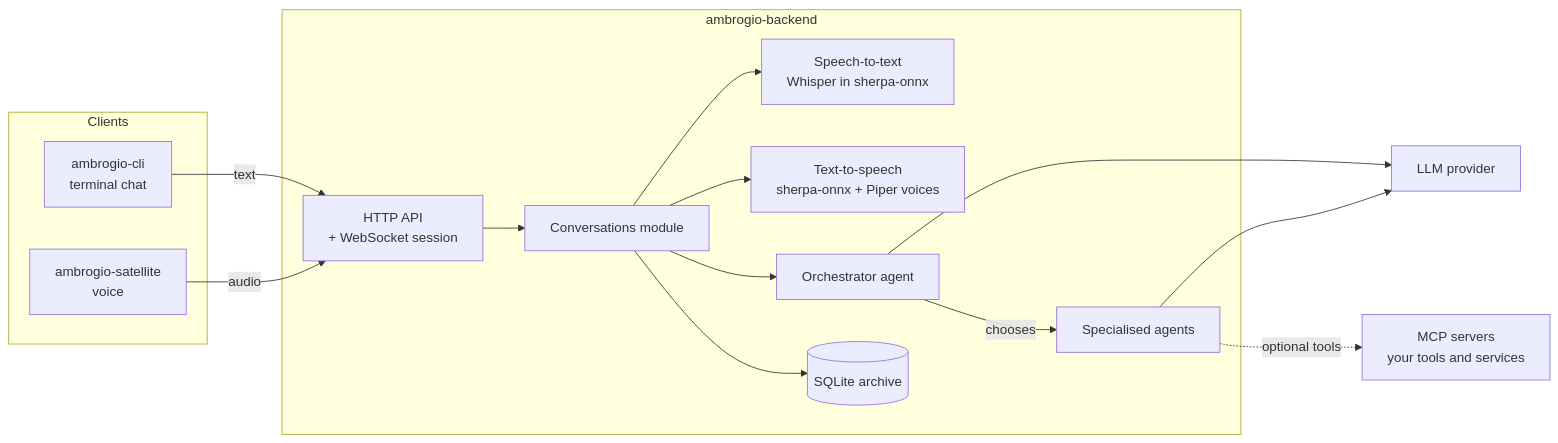
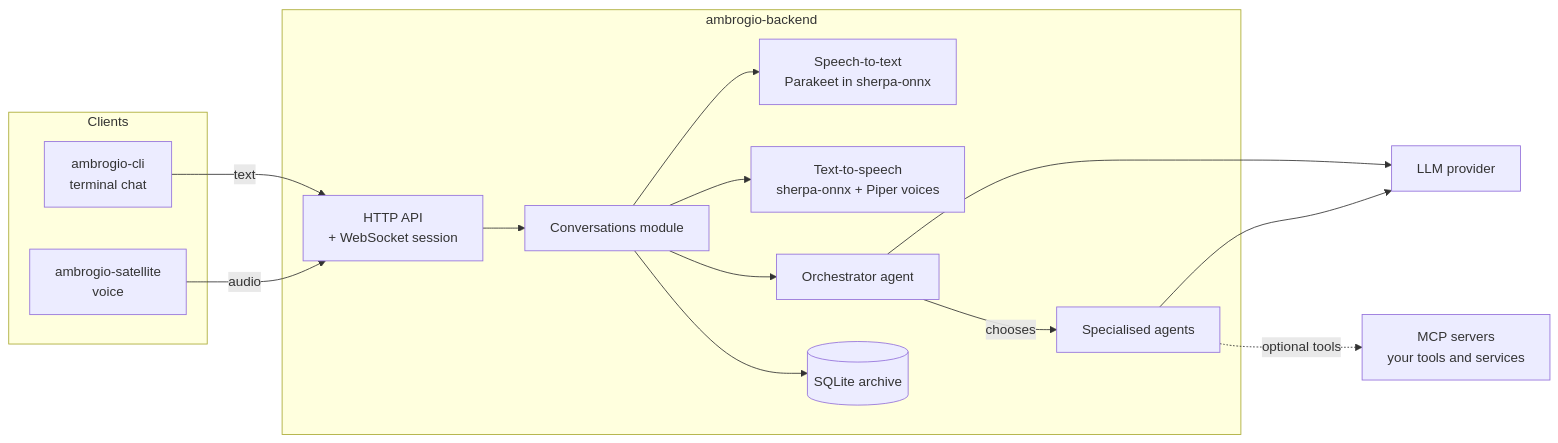
The first of 2 diagrams in README.md (ambrogio-app/ambrogio-backend), drawn with Mermaid before and after one commit. The commit also changed other lines of this file and 16 other files, not shown here.

````diff
--- a/README.md
+++ b/README.md
@@ -26,32 +26,32 @@
 ```mermaid
 flowchart LR
     subgraph Clients
         CLI[ambrogio-cli<br/>terminal chat]
         SAT[ambrogio-satellite<br/>voice]
     end
 
     subgraph Backend[ambrogio-backend]
         API[HTTP API<br/>+ WebSocket session]
         CONV[Conversations module]
-        STT[Speech-to-text<br/>Whisper in sherpa-onnx]
+        STT[Speech-to-text<br/>Parakeet in sherpa-onnx]
         TTS[Text-to-speech<br/>sherpa-onnx + Piper voices]
         ORCH[Orchestrator agent]
         AG[Specialised agents]
         DB[(SQLite archive)]
     end
 
     LLM[LLM provider]
     MCP[MCP servers<br/>your tools and services]
 
     CLI -- text --> API
     SAT -- audio --> API
     API --> CONV
     CONV --> STT
     CONV --> TTS
     CONV --> ORCH
     ORCH -- chooses --> AG
     ORCH --> LLM
     AG --> LLM
     AG -. optional tools .-> MCP
     CONV --> DB
 ```
````
